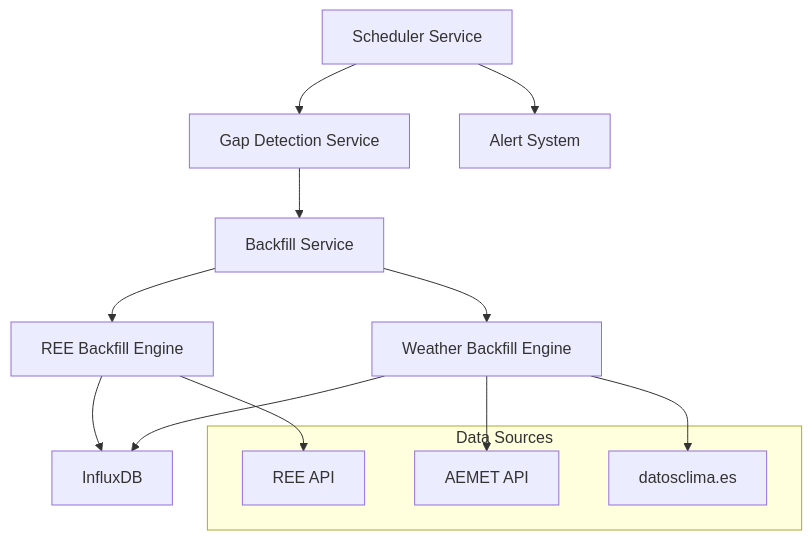
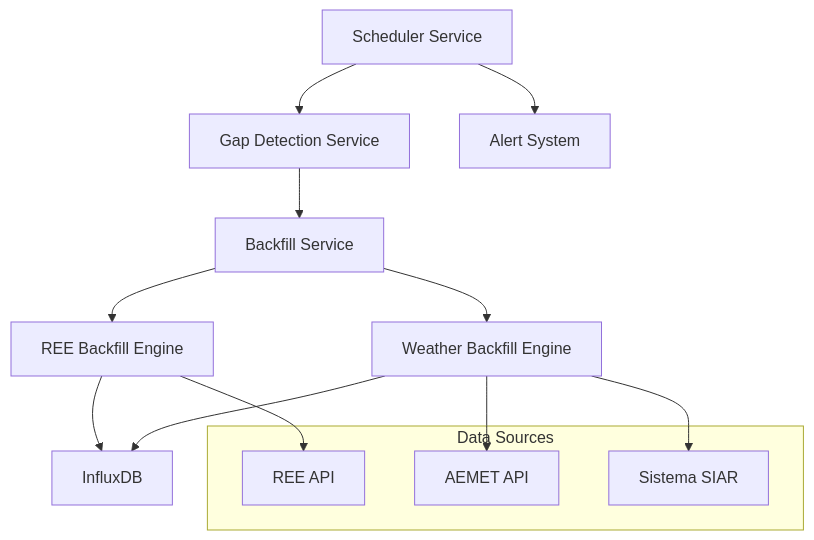
One commit to knono/chocolate-factory changed the diagram in docs/AUTOMATIC_BACKFILL_SYSTEM.md. Above: the diagram before and after it, drawn with Mermaid. The commit also changed other lines of this file and 38 other files, not shown here.

````diff
--- a/docs/AUTOMATIC_BACKFILL_SYSTEM.md
+++ b/docs/AUTOMATIC_BACKFILL_SYSTEM.md
@@ -34,20 +34,20 @@
 ```mermaid
 graph TB
     A[Gap Detection Service] --> B[Backfill Service]
     B --> C[REE Backfill Engine]
     B --> D[Weather Backfill Engine]
     C --> E[InfluxDB]
     D --> E
     F[Scheduler Service] --> A
     F --> G[Alert System]
     
     subgraph "Data Sources"
         H[REE API]
         I[AEMET API]
-        J[datosclima.es]
+        J[Sistema SIAR]
     end
     
     C --> H
     D --> I
     D --> J
 ```
````
